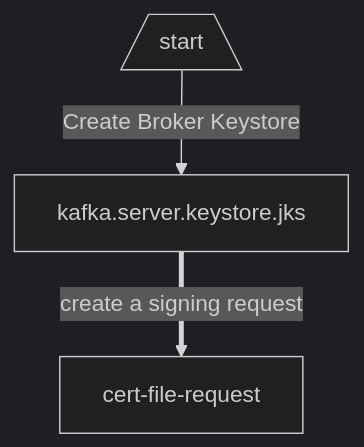
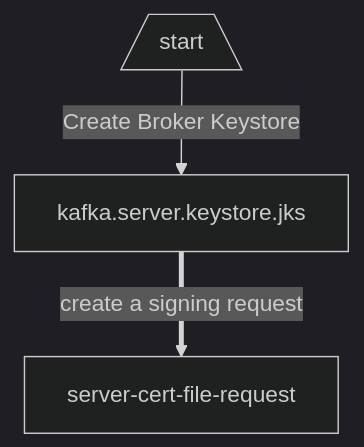
The second of 7 diagrams in mtls/README.md (decodableco/examples), drawn with Mermaid (dark theme) before and after one commit. The commit also changed other lines of this file, not shown here.

````diff
--- a/mtls/README.md
+++ b/mtls/README.md
@@ -22,8 +22,8 @@
 ```mermaid
 flowchart TD;
 
     s[/start\]-->|Create Broker Keystore| jks[kafka.server.keystore.jks]
 
-    jks==>|create a signing request| cert-file-request
+    jks==>|create a signing request| server-cert-file-request
 
 ```
````
